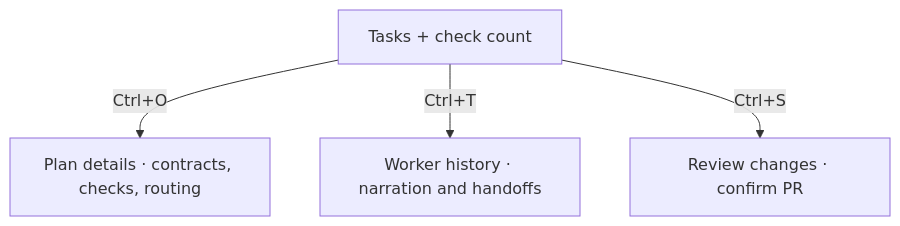
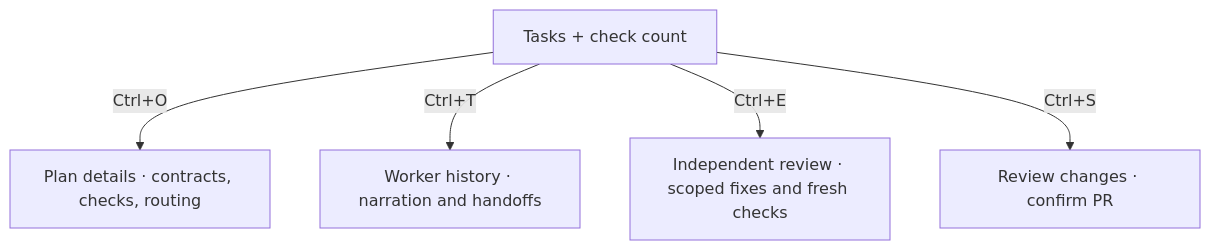
One commit to minimumeffort-dev/sprowt.harness changed the diagram in docs/terminal.md. Above: the diagram before and after it, drawn with Mermaid. The commit also changed other lines of this file and 23 other files, not shown here.

Commit message:
Add independent codemod review and scoped fixes

````diff
--- a/docs/terminal.md
+++ b/docs/terminal.md
@@ -41,6 +41,7 @@
 ```mermaid
 flowchart TB
     result["Tasks + check count"] -->|"Ctrl+O"| details["Plan details · contracts, checks, routing"]
     result -->|"Ctrl+T"| history["Worker history · narration and handoffs"]
+    result -->|"Ctrl+E"| review["Independent review · scoped fixes and fresh checks"]
     result -->|"Ctrl+S"| publish["Review changes · confirm PR"]
 ```
````
